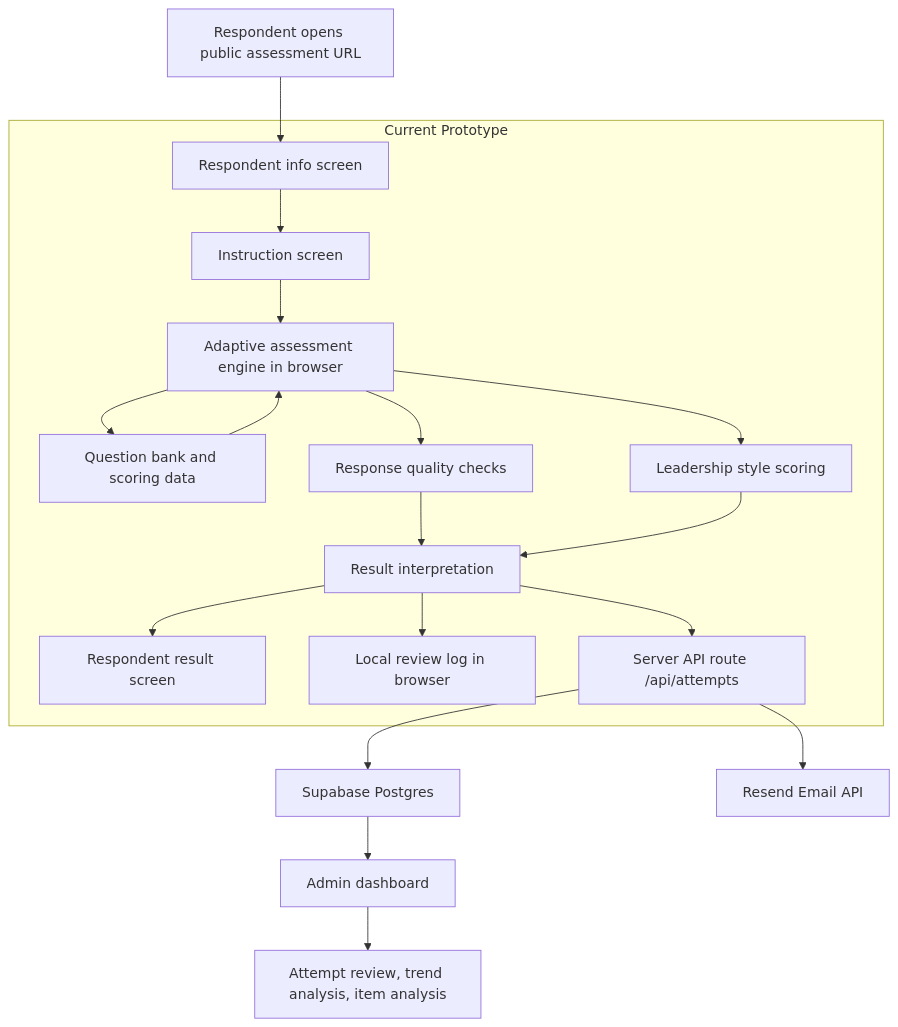
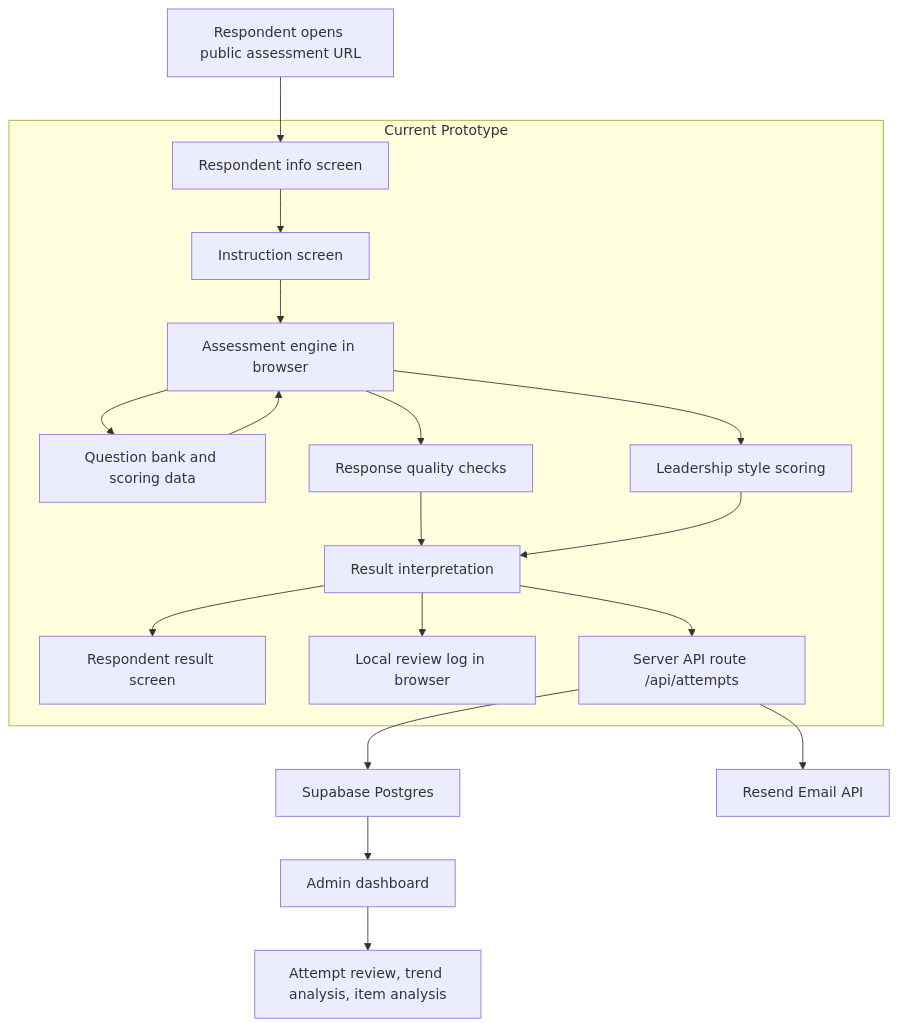
The first of 3 diagrams in ARCHITECTURE_OVERVIEW.md (campojo/2.0_Leadership), drawn with Mermaid before and after one commit. The commit also changed other lines of this file and 9 other files, not shown here.

````diff
--- a/ARCHITECTURE_OVERVIEW.md
+++ b/ARCHITECTURE_OVERVIEW.md
@@ -44,33 +44,33 @@
 ```mermaid
 flowchart TD
   A["Respondent opens public assessment URL"] --> N["Respondent info screen"]
   N --> B["Instruction screen"]
-  B --> C["Adaptive assessment engine in browser"]
+  B --> C["Assessment engine in browser"]
   C --> D["Question bank and scoring data"]
   D --> C
   C --> E["Response quality checks"]
   C --> F["Leadership style scoring"]
   E --> G["Result interpretation"]
   F --> G
   G --> H["Respondent result screen"]
   G --> I["Local review log in browser"]
   G --> J["Server API route /api/attempts"]
   J --> K["Supabase Postgres"]
   J --> O["Resend Email API"]
 
   subgraph CurrentPrototype["Current Prototype"]
     B
     N
     C
     D
     E
     F
     G
     H
     I
     J
   end
 
   K --> L["Admin dashboard"]
   L --> M["Attempt review, trend analysis, item analysis"]
 ```
````
